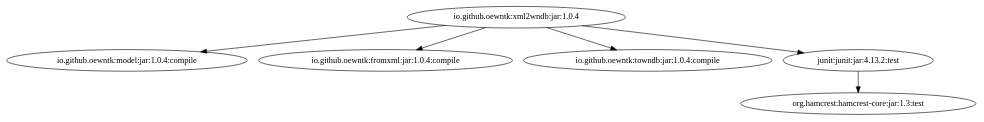
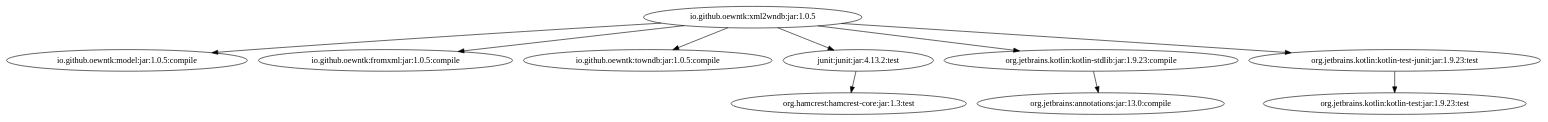
Before and after one commit to oewntk/grind_xml2wndb: the diagram in images/grind-xml2wndb.dot, drawn with Graphviz.

Commit message:
regenerated dot

```diff
--- a/images/grind-xml2wndb.dot
+++ b/images/grind-xml2wndb.dot
@@ -1,7 +1,11 @@
-digraph "io.github.oewntk:xml2wndb:jar:1.0.4" { 
-	"io.github.oewntk:xml2wndb:jar:1.0.4" -> "io.github.oewntk:model:jar:1.0.4:compile" ; 
-	"io.github.oewntk:xml2wndb:jar:1.0.4" -> "io.github.oewntk:fromxml:jar:1.0.4:compile" ; 
-	"io.github.oewntk:xml2wndb:jar:1.0.4" -> "io.github.oewntk:towndb:jar:1.0.4:compile" ; 
-	"io.github.oewntk:xml2wndb:jar:1.0.4" -> "junit:junit:jar:4.13.2:test" ; 
+digraph "io.github.oewntk:xml2wndb:jar:1.0.5" { 
+	"io.github.oewntk:xml2wndb:jar:1.0.5" -> "io.github.oewntk:model:jar:1.0.5:compile" ; 
+	"io.github.oewntk:xml2wndb:jar:1.0.5" -> "io.github.oewntk:fromxml:jar:1.0.5:compile" ; 
+	"io.github.oewntk:xml2wndb:jar:1.0.5" -> "io.github.oewntk:towndb:jar:1.0.5:compile" ; 
+	"io.github.oewntk:xml2wndb:jar:1.0.5" -> "junit:junit:jar:4.13.2:test" ; 
+	"io.github.oewntk:xml2wndb:jar:1.0.5" -> "org.jetbrains.kotlin:kotlin-stdlib:jar:1.9.23:compile" ; 
+	"io.github.oewntk:xml2wndb:jar:1.0.5" -> "org.jetbrains.kotlin:kotlin-test-junit:jar:1.9.23:test" ; 
 	"junit:junit:jar:4.13.2:test" -> "org.hamcrest:hamcrest-core:jar:1.3:test" ; 
+	"org.jetbrains.kotlin:kotlin-stdlib:jar:1.9.23:compile" -> "org.jetbrains:annotations:jar:13.0:compile" ; 
+	"org.jetbrains.kotlin:kotlin-test-junit:jar:1.9.23:test" -> "org.jetbrains.kotlin:kotlin-test:jar:1.9.23:test" ; 
  } 
```
